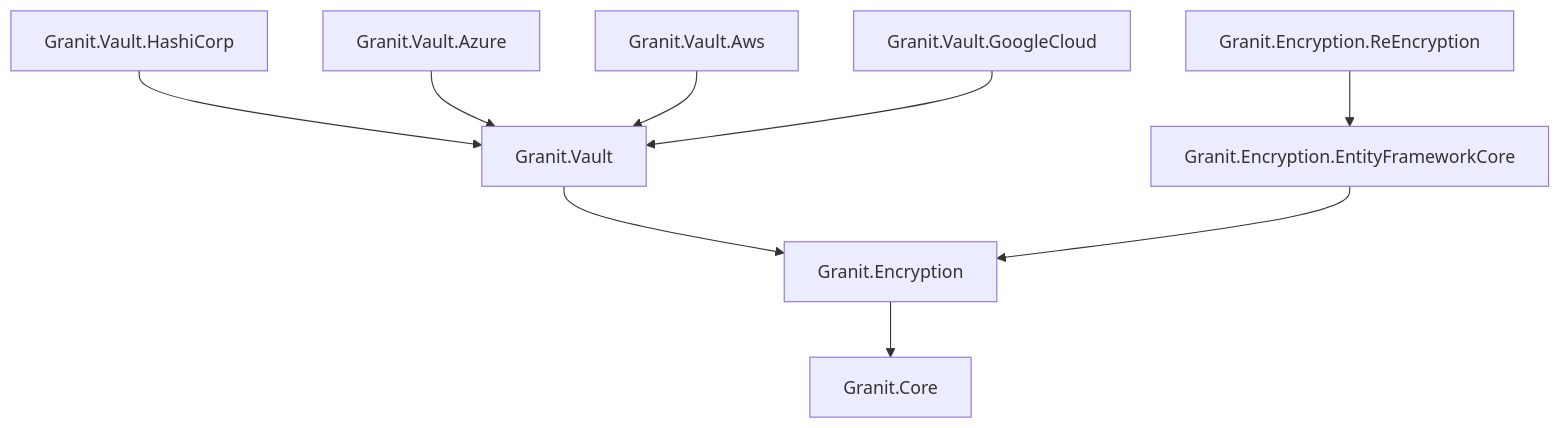
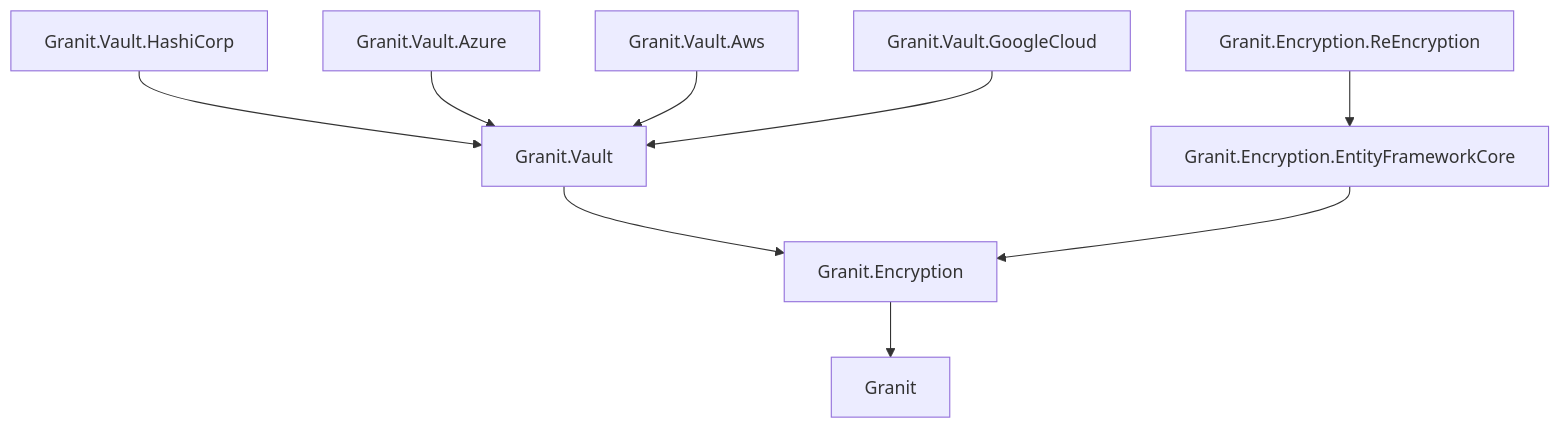
One commit to granit-fx/granit-dotnet changed the diagram in docs-site/src/content/docs/dotnet/data/vault-encryption.mdx. Above: the diagram before and after it, drawn with Mermaid. The commit also changed other lines of this file and 153 other files, not shown here.

````diff
--- a/docs-site/src/content/docs/dotnet/data/vault-encryption.mdx
+++ b/docs-site/src/content/docs/dotnet/data/vault-encryption.mdx
@@ -50,11 +50,11 @@
 ```mermaid
 graph TD
     VH[Granit.Vault.HashiCorp] --> V[Granit.Vault]
     VA[Granit.Vault.Azure] --> V
     VAW[Granit.Vault.Aws] --> V
     VGC[Granit.Vault.GoogleCloud] --> V
     V --> E[Granit.Encryption]
-    E --> C[Granit.Core]
+    E --> C[Granit]
     EEFC[Granit.Encryption.EntityFrameworkCore] --> E
     EERE[Granit.Encryption.ReEncryption] --> EEFC
 ```
````
